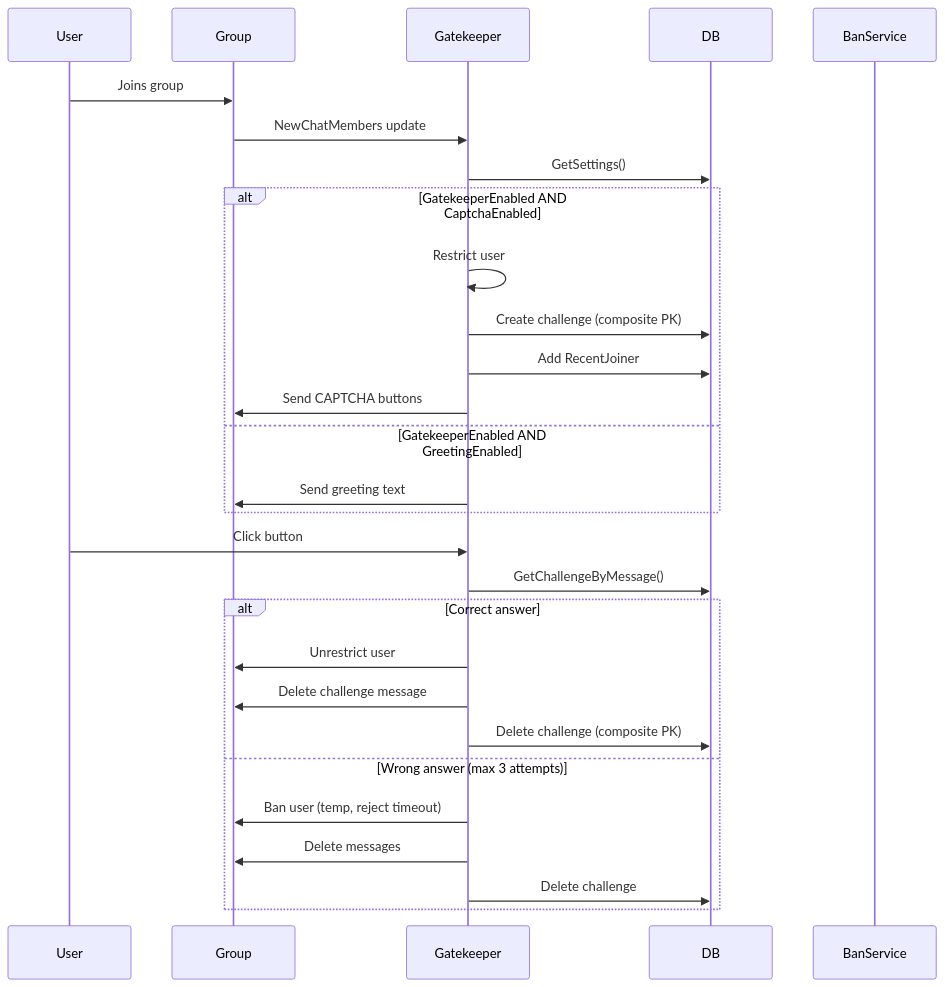
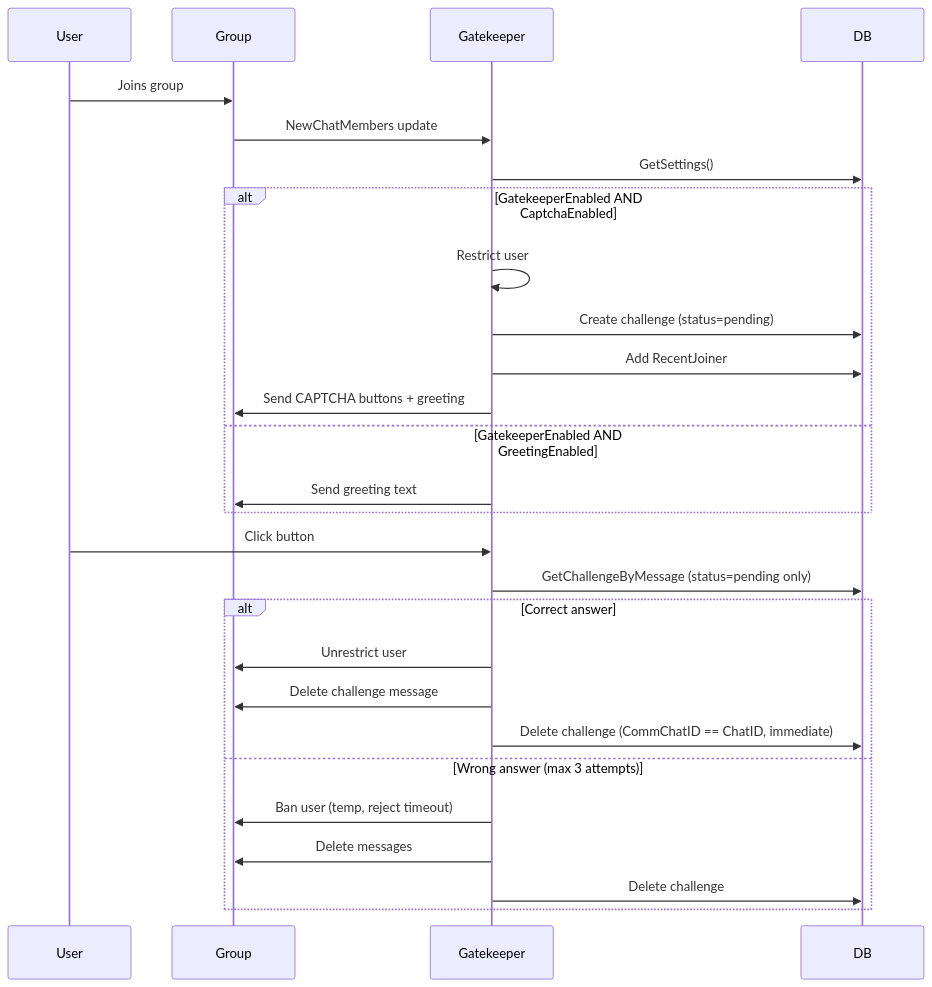
The sixth of 10 diagrams in docs/CODEBASE_MAP.md (iamwavecut/ngbot), drawn with Mermaid before and after one commit. The commit also changed other lines of this file and 6 other files, not shown here.

````diff
--- a/docs/CODEBASE_MAP.md
+++ b/docs/CODEBASE_MAP.md
@@ -660,34 +826,33 @@
 ```mermaid
 sequenceDiagram
     participant User
     participant Group
     participant Gatekeeper
     participant DB
-    participant BanService
 
     User->>Group: Joins group
     Group->>Gatekeeper: NewChatMembers update
     Gatekeeper->>DB: GetSettings()
 
     alt GatekeeperEnabled AND CaptchaEnabled
         Gatekeeper->>Gatekeeper: Restrict user
-        Gatekeeper->>DB: Create challenge (composite PK)
+        Gatekeeper->>DB: Create challenge (status=pending)
         Gatekeeper->>DB: Add RecentJoiner
-        Gatekeeper->>Group: Send CAPTCHA buttons
+        Gatekeeper->>Group: Send CAPTCHA buttons + greeting
     else GatekeeperEnabled AND GreetingEnabled
         Gatekeeper->>Group: Send greeting text
     end
 
     User->>Gatekeeper: Click button
-    Gatekeeper->>DB: GetChallengeByMessage()
+    Gatekeeper->>DB: GetChallengeByMessage (status=pending only)
 
     alt Correct answer
         Gatekeeper->>Group: Unrestrict user
         Gatekeeper->>Group: Delete challenge message
-        Gatekeeper->>DB: Delete challenge (composite PK)
+        Gatekeeper->>DB: Delete challenge (CommChatID == ChatID, immediate)
     else Wrong answer (max 3 attempts)
         Gatekeeper->>Group: Ban user (temp, reject timeout)
         Gatekeeper->>Group: Delete messages
         Gatekeeper->>DB: Delete challenge
     end
 ```
````
